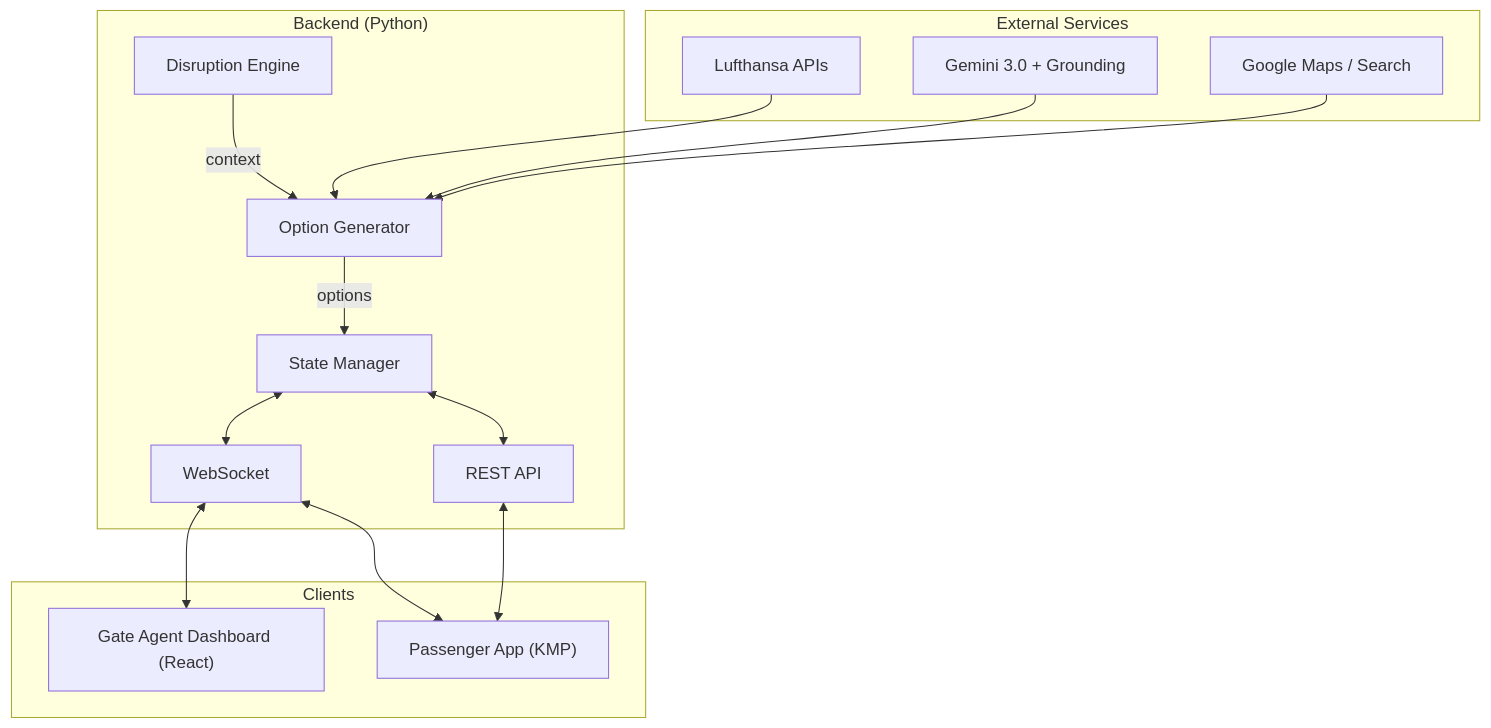
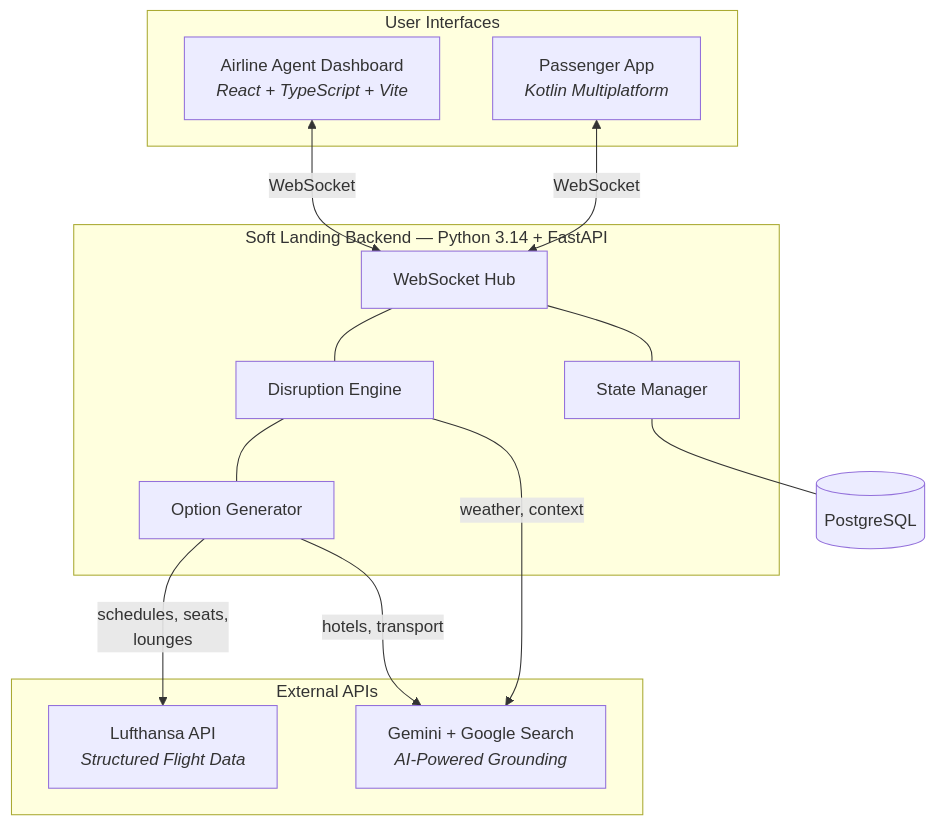
Before and after one commit to sussdorff/soft-landing: the second of 2 diagrams in deck/slides.md, drawn with Mermaid. The commit also changed other lines of this file and 8 other files, not shown here.

First line of the commit message:
chore: serve dashboard as static files, add data inspector and demo assets

````diff
--- a/deck/slides.md
+++ b/deck/slides.md
@@ -74,32 +116,31 @@
-```mermaid {scale: 0.65}
+```mermaid {scale: 0.55}
 graph TB
-    subgraph External["External Services"]
-        LH["Lufthansa APIs"]
-        GEMINI["Gemini 3.0 + Grounding"]
-        GOOGLE["Google Maps / Search"]
+    subgraph ui["User Interfaces"]
+        dash["Airline Agent Dashboard<br/><i>React + TypeScript + Vite</i>"]
+        mob["Passenger App<br/><i>Kotlin Multiplatform</i>"]
     end
 
-    subgraph Backend["Backend (Python)"]
-        DE["Disruption Engine"]
-        OG["Option Generator"]
-        SM["State Manager"]
-        WS["WebSocket"]
-        API["REST API"]
+    subgraph backend["Soft Landing Backend — Python 3.14 + FastAPI"]
+        engine["Disruption Engine"]
+        optgen["Option Generator"]
+        state["State Manager"]
+        ws["WebSocket Hub"]
     end
 
-    subgraph Clients
-        DASH["Gate Agent Dashboard (React)"]
-        PAX["Passenger App (KMP)"]
+    subgraph apis["External APIs"]
+        lh["Lufthansa API<br/><i>Structured Flight Data</i>"]
+        gemini["Gemini + Google Search<br/><i>AI-Powered Grounding</i>"]
     end
 
-    DE -->|context| OG
-    OG -->|options| SM
-    SM <--> WS
-    SM <--> API
-    LH --> OG
-    GEMINI --> OG
-    GOOGLE --> OG
-    WS <--> DASH
-    WS <--> PAX
-    API <--> PAX
+    db[("PostgreSQL")]
+
+    dash <-->|"WebSocket"| ws
+    mob <-->|"WebSocket"| ws
+    ws --- engine
+    ws --- state
+    engine --- optgen
+    optgen -->|"schedules, seats,<br/>lounges"| lh
+    optgen -->|"hotels, transport"| gemini
+    engine -->|"weather, context"| gemini
+    state --- db
 ```
````
